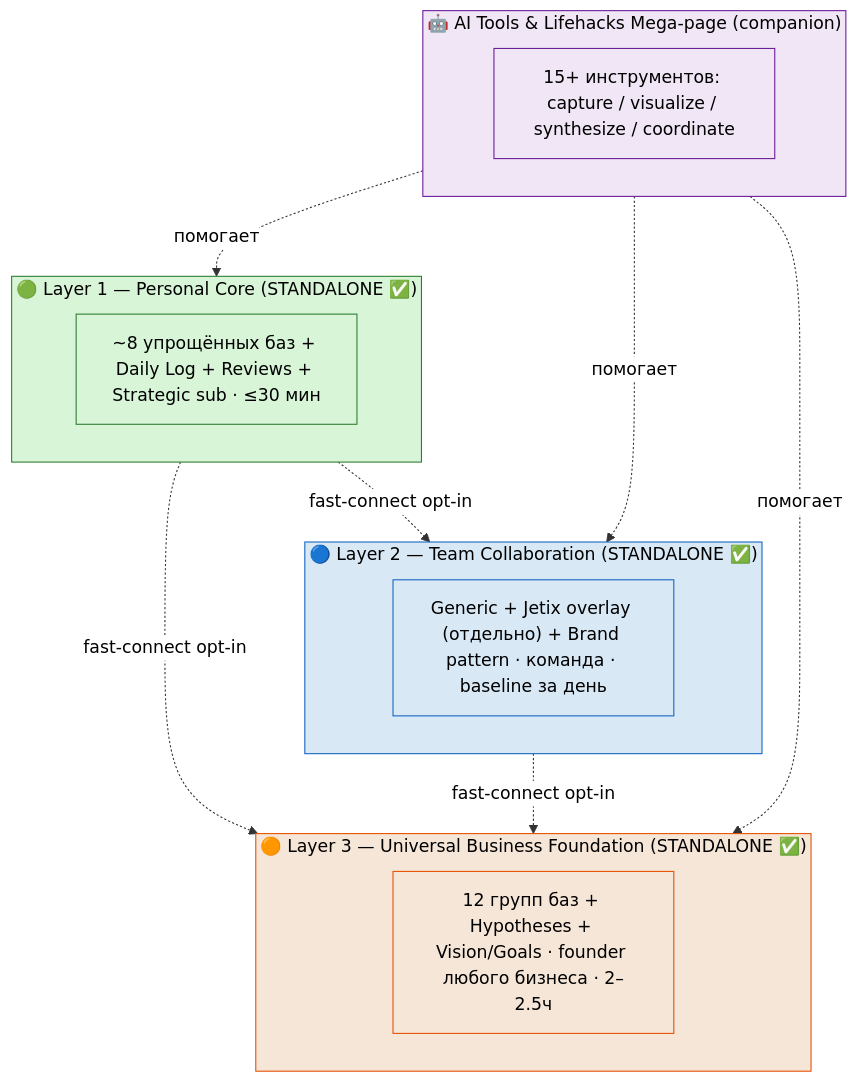
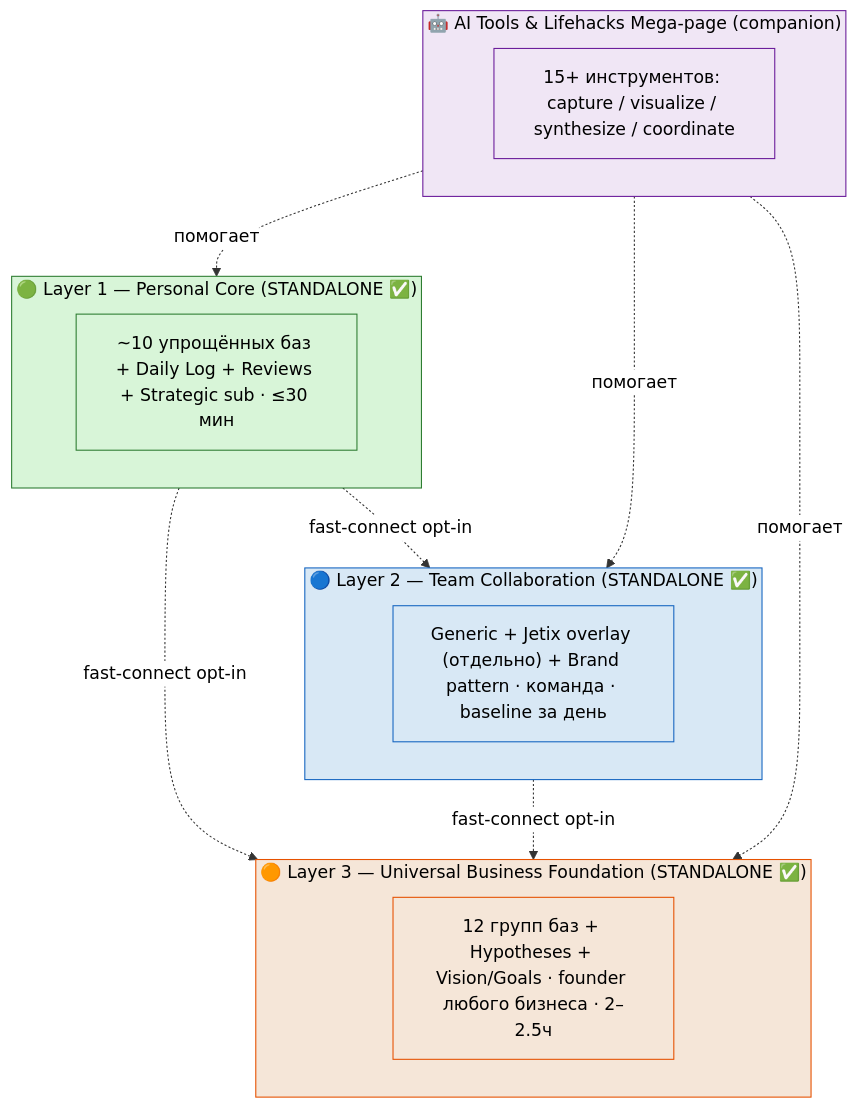
Before and after one commit to Bogersebekov/jetix-os: the first of 9 diagrams in decisions/strategic/NOTION-TEMPLATES-3-LAYERS-ARCHITECTURE-V2-2026-05-25.md, drawn with Mermaid. The commit also changed other lines of this file and 5 other files, not shown here.

Commit message:
[notion-arch-v2] Layer 1: add Habits DB + Daily Log habits-tracking (Ruslan voice 25.05)

````diff
--- a/decisions/strategic/NOTION-TEMPLATES-3-LAYERS-ARCHITECTURE-V2-2026-05-25.md
+++ b/decisions/strategic/NOTION-TEMPLATES-3-LAYERS-ARCHITECTURE-V2-2026-05-25.md
@@ -876,30 +887,30 @@
 ```mermaid
 %%{init: {'theme':'base', 'themeVariables': {'primaryTextColor':'#000000','textColor':'#000000','lineColor':'#333333','primaryBorderColor':'#333333','primaryColor':'#fafafa','noteTextColor':'#000000','noteBkgColor':'#fff8d5','edgeLabelBackground':'#ffffff'}}}%%
 flowchart TB
     subgraph COMPANION["🤖 AI Tools & Lifehacks Mega-page (companion)"]
         AIT["15+ инструментов: capture / visualize / synthesize / coordinate"]
     end
     subgraph L3["🟠 Layer 3 — Universal Business Foundation (STANDALONE ✅)"]
         L3D["12 групп баз + Hypotheses + Vision/Goals · founder любого бизнеса · 2–2.5ч"]
     end
     subgraph L2["🔵 Layer 2 — Team Collaboration (STANDALONE ✅)"]
         L2D["Generic + Jetix overlay (отдельно) + Brand pattern · команда · baseline за день"]
     end
     subgraph L1["🟢 Layer 1 — Personal Core (STANDALONE ✅)"]
-        L1D["~8 упрощённых баз + Daily Log + Reviews + Strategic sub · ≤30 мин"]
+        L1D["~10 упрощённых баз + Daily Log + Reviews + Strategic sub · ≤30 мин"]
     end
     L1 -. "fast-connect opt-in" .-> L3
     L1 -. "fast-connect opt-in" .-> L2
     L2 -. "fast-connect opt-in" .-> L3
     COMPANION -. помогает .-> L1
     COMPANION -. помогает .-> L2
     COMPANION -. помогает .-> L3
     classDef l1 fill:#d8f5d8,stroke:#2e7d32,color:#000;
     classDef l2 fill:#d8e8f5,stroke:#1565c0,color:#000;
     classDef l3 fill:#f5e6d8,stroke:#e65100,color:#000;
     classDef comp fill:#f0e6f5,stroke:#6a1b9a,color:#000;
     class L1,L1D l1;
     class L2,L2D l2;
     class L3,L3D l3;
     class COMPANION,AIT comp;
 ```
````
